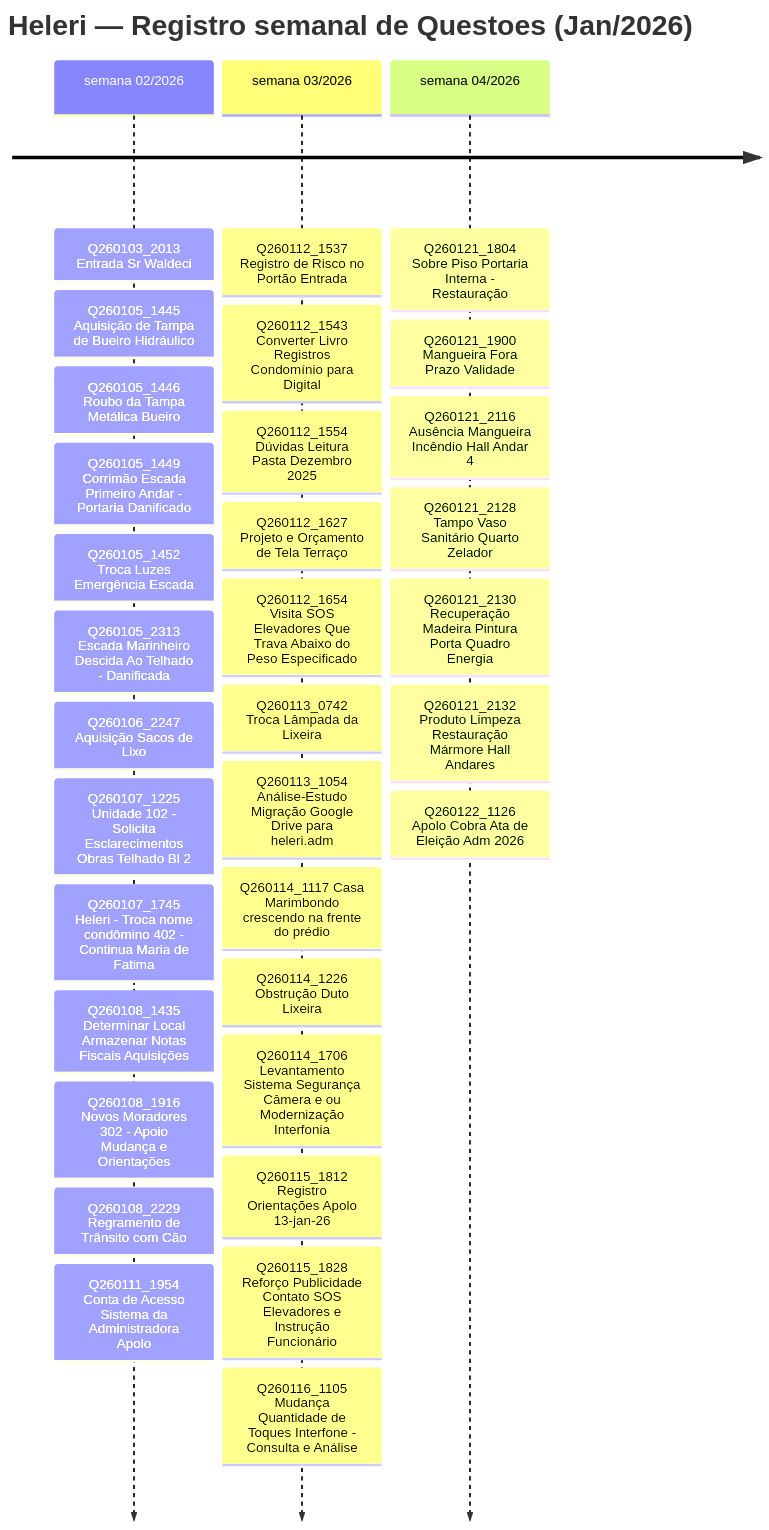
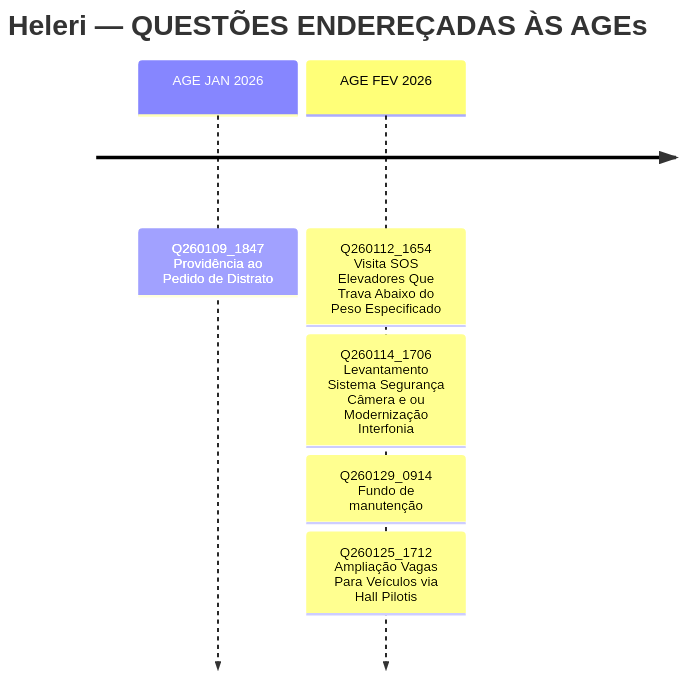
Before and after one commit to heleriadm-collab/ObsidianSAGC: the diagram in Home.md, drawn with Mermaid. The commit also changed other lines of this file and 2 other files, not shown here.

Commit message:
atualizações

````diff
--- a/Home.md
+++ b/Home.md
@@ -65,60 +47,29 @@
 ```mermaid
 %%{init: {
   "theme": "base",
   "themeVariables": {
     "background": "#000000",
     "primaryColor": "#000000",
     "primaryBorderColor": "#ffffff",
     "primaryTextColor": "#ffffff",
     "secondaryColor": "#000000",
     "secondaryTextColor": "#ffffff",
     "lineColor": "#ffffff",
     "textColor": "#ffffff",
     "fontFamily": "Inter, Arial, sans-serif"
   },
   "themeCSS": "
     .timeline text { fill: #ffffff !important; }
     .timeline rect { fill: #000000 !important; stroke: #ffffff !important; }
     .timeline line { stroke: #ffffff !important; }
   "
 }}%%
 timeline
-    title Heleri — Registro semanal de Questoes (Jan/2026)
-
-    semana 02/2026 : Q260103_2013 Entrada Sr Waldeci
-                 : Q260105_1445 Aquisição de Tampa de Bueiro Hidráulico
-                 : Q260105_1446 Roubo da Tampa Metálica Bueiro
-                 : Q260105_1449 Corrimão Escada Primeiro Andar - Portaria Danificado
-                 : Q260105_1452 Troca Luzes Emergência Escada
-                 : Q260105_2313 Escada Marinheiro Descida Ao Telhado - Danificada
-                 : Q260106_2247 Aquisição Sacos de Lixo
-                 : Q260107_1225 Unidade 102 - Solicita Esclarecimentos Obras Telhado Bl 2
-                 : Q260107_1745 Heleri - Troca nome condômino 402 - Continua Maria de Fatima
-                 : Q260108_1435 Determinar Local Armazenar Notas Fiscais Aquisições
-                 : Q260108_1916 Novos Moradores 302 - Apoio Mudança e Orientações
-                 : Q260108_2229 Regramento de Trânsito com Cão
-                 : Q260111_1954 Conta de Acesso Sistema da Administradora Apolo
-
-    semana 03/2026 : Q260112_1537 Registro de Risco no Portão Entrada
-                 : Q260112_1543 Converter Livro Registros Condomínio para Digital
-                 : Q260112_1554 Dúvidas Leitura Pasta Dezembro 2025
-                 : Q260112_1627 Projeto e Orçamento de Tela Terraço
-                 : Q260112_1654 Visita SOS Elevadores Que Trava Abaixo do Peso Especificado
-                 : Q260113_0742 Troca Lâmpada da Lixeira
-                 : Q260113_1054 Análise-Estudo Migração Google Drive para heleri.adm
-                 : Q260114_1117 Casa Marimbondo crescendo na frente do prédio
-                 : Q260114_1226 Obstrução Duto Lixeira
+    title Heleri — QUESTÕES ENDEREÇADAS ÀS AGEs
+    AGE JAN 2026 : Q260109_1847 Providência ao Pedido de Distrato
+    AGE FEV 2026 : Q260112_1654 Visita SOS Elevadores Que Trava Abaixo do Peso Especificado
                  : Q260114_1706 Levantamento Sistema Segurança Câmera e ou Modernização Interfonia
-                 : Q260115_1812 Registro Orientações Apolo 13-jan-26
-                 : Q260115_1828 Reforço Publicidade Contato SOS Elevadores e Instrução Funcionário
-                 : Q260116_1105 Mudança Quantidade de Toques Interfone - Consulta e Análise
-
-    semana 04/2026 : Q260121_1804 Sobre Piso Portaria Interna - Restauração
-                 : Q260121_1900 Mangueira Fora Prazo Validade
-                 : Q260121_2116 Ausência Mangueira Incêndio Hall Andar 4
-                 : Q260121_2128 Tampo Vaso Sanitário Quarto Zelador
-                 : Q260121_2130 Recuperação Madeira Pintura Porta Quadro Energia
-                 : Q260121_2132 Produto Limpeza Restauração Mármore Hall Andares
-                 : Q260122_1126 Apolo Cobra Ata de Eleição Adm 2026
+                 : Q260129_0914 Fundo de manutenção
+                 : Q260125_1712 Ampliação Vagas Para Veículos via Hall Pilotis
 
 ```
````
